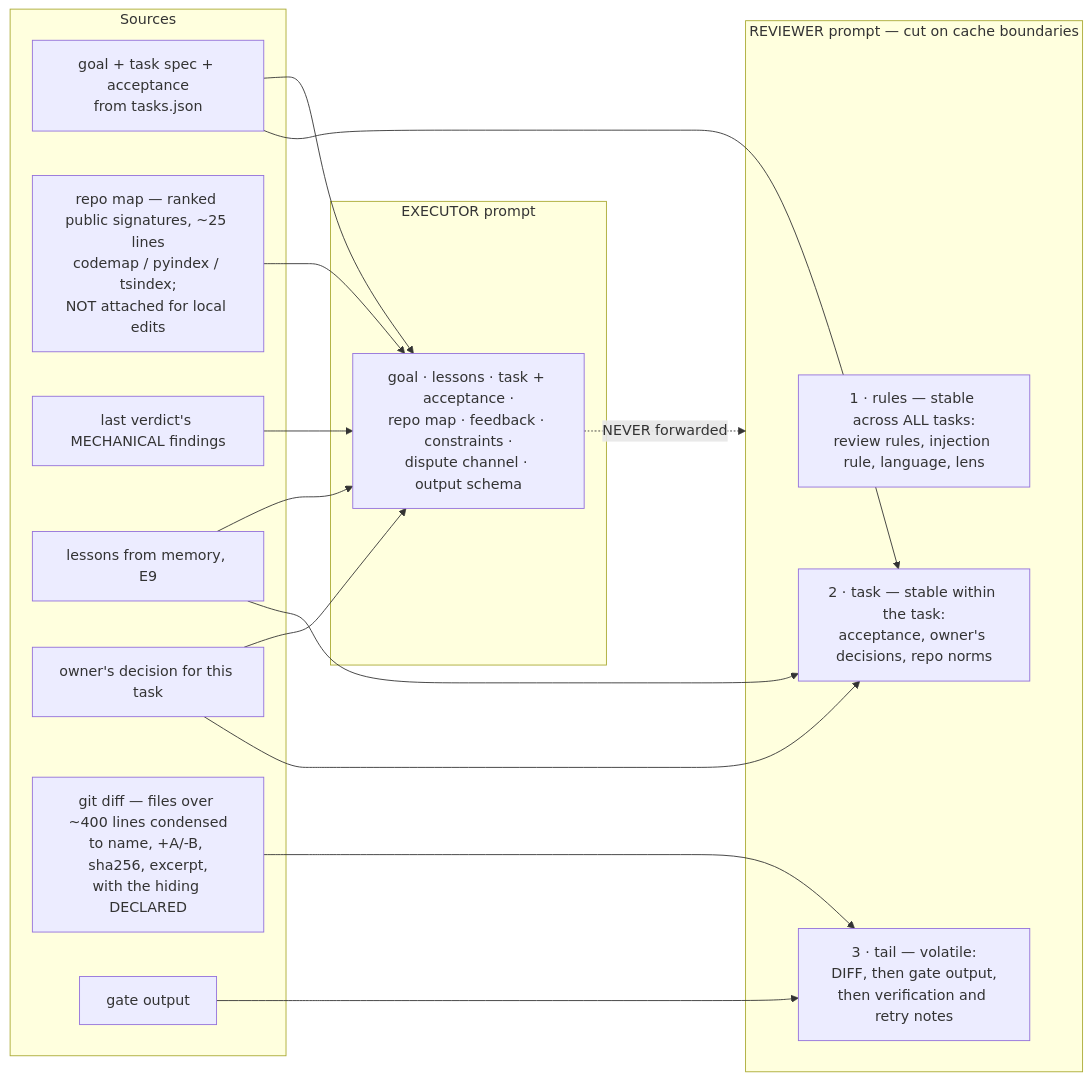
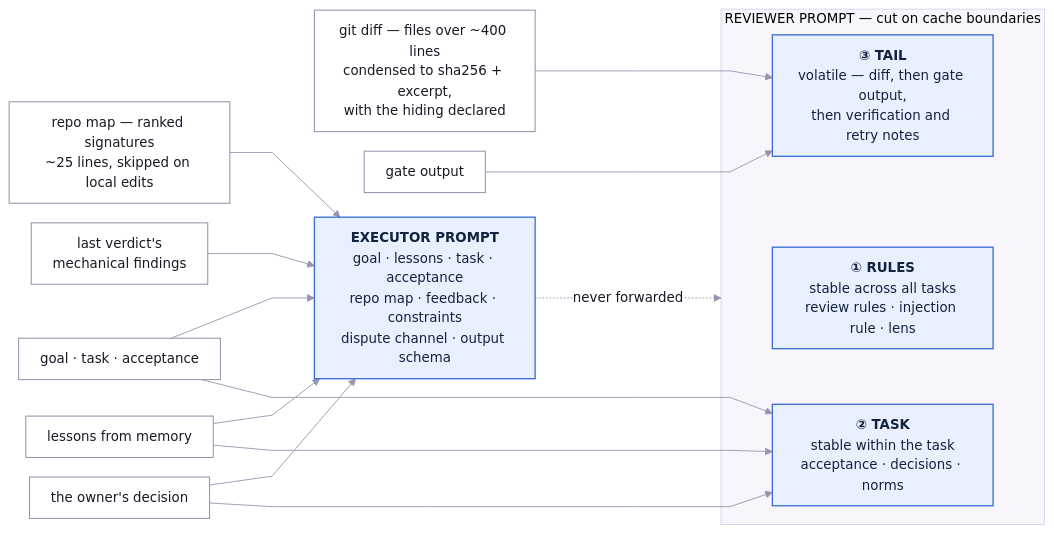
Diagram 12 of 16 in 11-architecture-diagrams.md (Orange-hanter/zairgrush), drawn with Mermaid before and after one commit. The commit also changed other lines of this file, not shown here.

````diff
--- a/11-architecture-diagrams.md
+++ b/11-architecture-diagrams.md
@@ -437,36 +556,34 @@
 ```mermaid
+%%{init:{"theme":"base","themeVariables":{"fontFamily":"ui-sans-serif,system-ui,-apple-system,Segoe UI,Roboto,sans-serif","fontSize":"15px","primaryColor":"#EFEAF8","primaryTextColor":"#1A1726","primaryBorderColor":"#7A5CB8","lineColor":"#9A93B0","edgeLabelBackground":"#FFFFFF","clusterBkg":"#F8F6FC","clusterBorder":"#D8D0EA"},"flowchart":{"diagramPadding":26,"curve":"linear","nodeSpacing":22,"rankSpacing":95,"padding":12}}}%%
 flowchart LR
-    subgraph src["Sources"]
-        goal["goal + task spec + acceptance<br/>from tasks.json"]
-        map["repo map — ranked public signatures, ~25 lines<br/>codemap / pyindex / tsindex;<br/>NOT attached for local edits"]
-        fb["last verdict's MECHANICAL findings"]
-        les["lessons from memory, E9"]
-        hum["owner's decision for this task"]
-        diff["git diff — files over ~400 lines condensed<br/>to name, +A/-B, sha256, excerpt,<br/>with the hiding DECLARED"]
-        tests["gate output"]
+    goal["goal · task · acceptance"]:::src
+    map["repo map — ranked signatures<br/>~25 lines, skipped on local edits"]:::src
+    fb["last verdict's<br/>mechanical findings"]:::src
+    les["lessons from memory"]:::src
+    hum["the owner's decision"]:::src
+    diff["git diff — files over ~400 lines<br/>condensed to sha256 + excerpt,<br/>with the hiding declared"]:::src
+    tests["gate output"]:::src
+
+    ex["<b>EXECUTOR PROMPT</b><br/>goal · lessons · task · acceptance<br/>repo map · feedback · constraints<br/>dispute channel · output schema"]:::agent
+
+    subgraph RV["REVIEWER PROMPT — cut on cache boundaries"]
+        r1["<b>① RULES</b><br/>stable across all tasks<br/>review rules · injection rule · lens"]:::agent
+        r2["<b>② TASK</b><br/>stable within the task<br/>acceptance · decisions · norms"]:::agent
+        r3["<b>③ TAIL</b><br/>volatile — diff, then gate output,<br/>then verification and retry notes"]:::agent
     end
 
-    subgraph ex["EXECUTOR prompt"]
-        e1["goal · lessons · task + acceptance ·<br/>repo map · feedback · constraints ·<br/>dispute channel · output schema"]
-    end
-
-    subgraph rv["REVIEWER prompt — cut on cache boundaries"]
-        r1["1 · rules — stable across ALL tasks:<br/>review rules, injection rule, language, lens"]
-        r2["2 · task — stable within the task:<br/>acceptance, owner's decisions, repo norms"]
-        r3["3 · tail — volatile:<br/>DIFF, then gate output,<br/>then verification and retry notes"]
-    end
-
-    goal --> e1
-    map --> e1
-    fb --> e1
-    les --> e1
-    hum --> e1
-
+    goal --> ex
+    map --> ex
+    fb --> ex
+    les --> ex
+    hum --> ex
     goal --> r2
     hum --> r2
     les --> r2
     diff --> r3
     tests --> r3
+    ex -.->|"never forwarded"| RV
 
-    e1 -.->|"NEVER forwarded"| rv
+    classDef src fill:#FFFFFF,stroke:#9A93B0,stroke-width:1.2px,color:#1A1726
+    classDef agent fill:#E8F0FE,stroke:#3B6FD4,stroke-width:1.5px,color:#12233F
 ```
````
